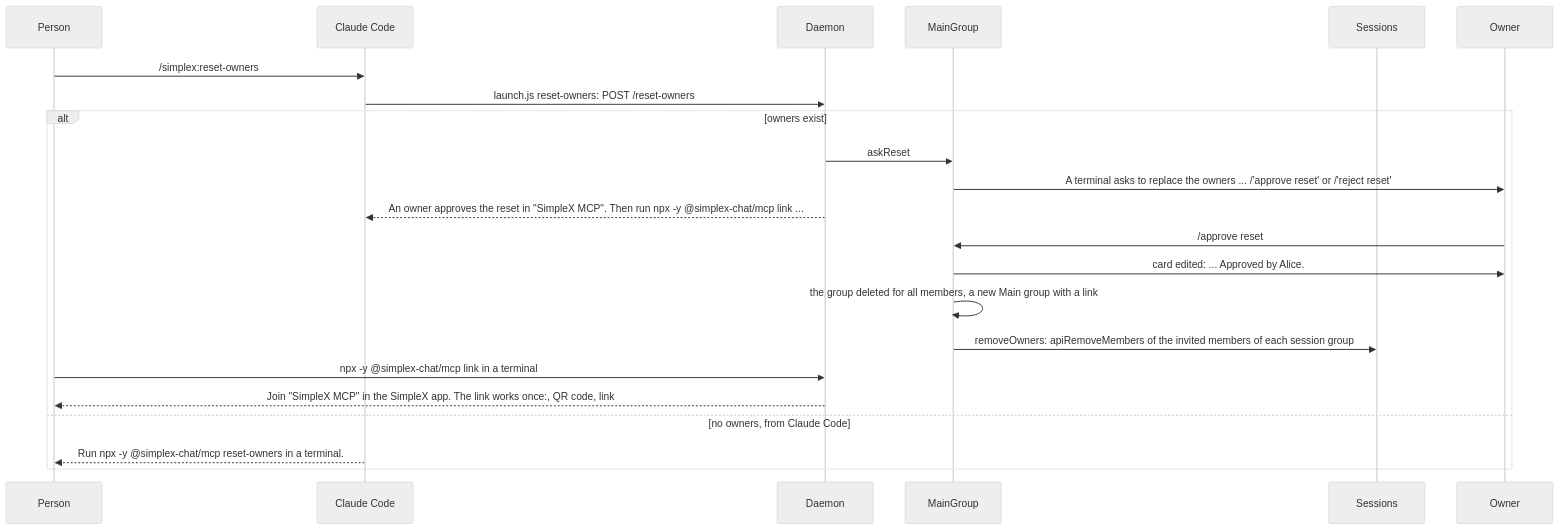
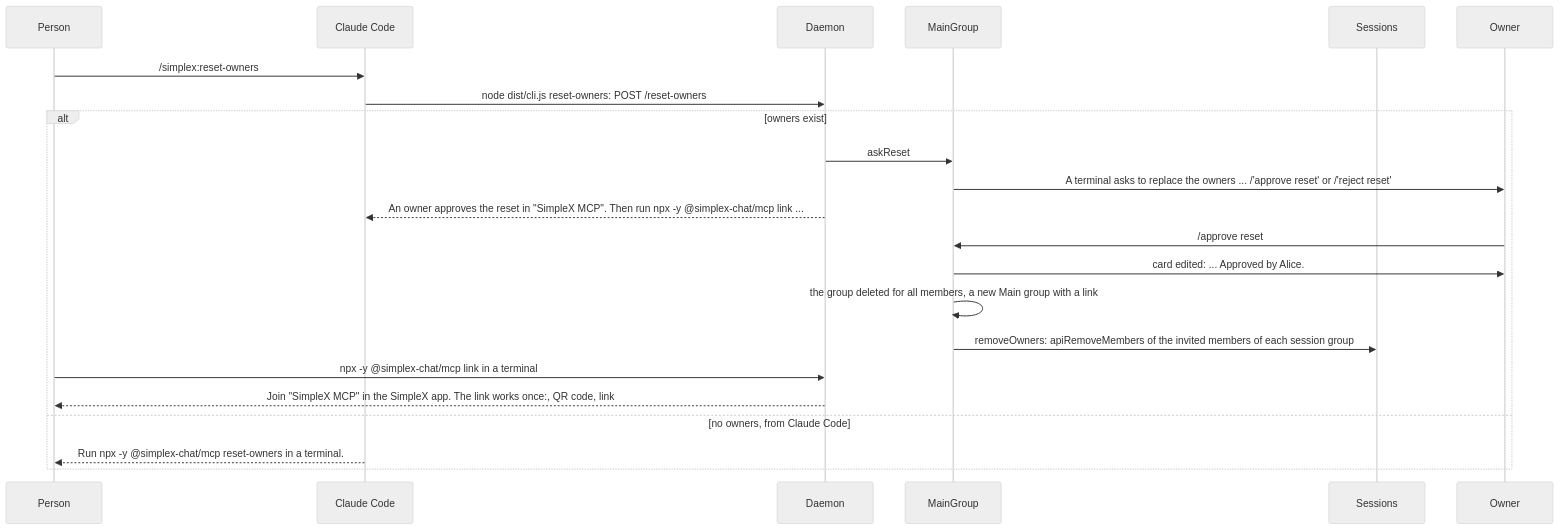
Diagram 25 of 27 in packages/simplex-chat-mcp/spec/flows.md (simplex-chat/simplex-chat), drawn with Mermaid (neutral theme) before and after one commit. The commit also changed other lines of this file and 5 other files, not shown here.

````diff
--- a/packages/simplex-chat-mcp/spec/flows.md
+++ b/packages/simplex-chat-mcp/spec/flows.md
@@ -1035,24 +1052,24 @@
 ```mermaid
 sequenceDiagram
   participant P as Person
   participant CC as Claude Code
   participant D as Daemon
   participant M as MainGroup
   participant N as Sessions
   participant O as Owner
   P->>CC: /simplex:reset-owners
-  CC->>D: launch.js reset-owners: POST /reset-owners
+  CC->>D: node dist/cli.js reset-owners: POST /reset-owners
   alt owners exist
     D->>M: askReset
     M->>O: A terminal asks to replace the owners ... /'approve reset' or /'reject reset'
     D-->>CC: An owner approves the reset in "SimpleX MCP". Then run npx -y @simplex-chat/mcp link ...
     O->>M: /approve reset
     M->>O: card edited: ... Approved by Alice.
     M->>M: the group deleted for all members, a new Main group with a link
     M->>N: removeOwners: apiRemoveMembers of the invited members of each session group
     P->>D: npx -y @simplex-chat/mcp link in a terminal
     D-->>P: Join "SimpleX MCP" in the SimpleX app. The link works once:, QR code, link
   else no owners, from Claude Code
     CC-->>P: Run npx -y @simplex-chat/mcp reset-owners in a terminal.
   end
 ```
````
